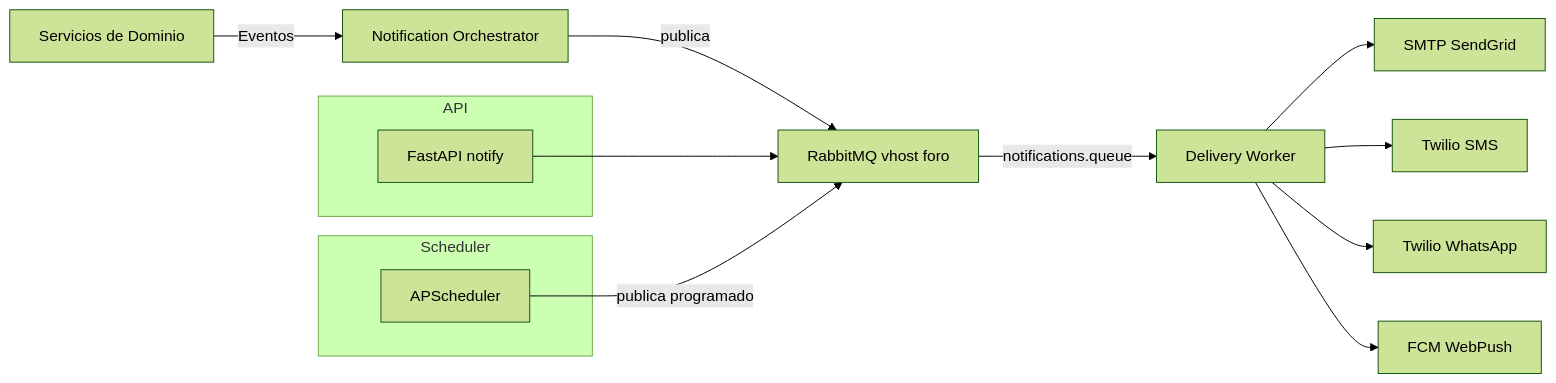
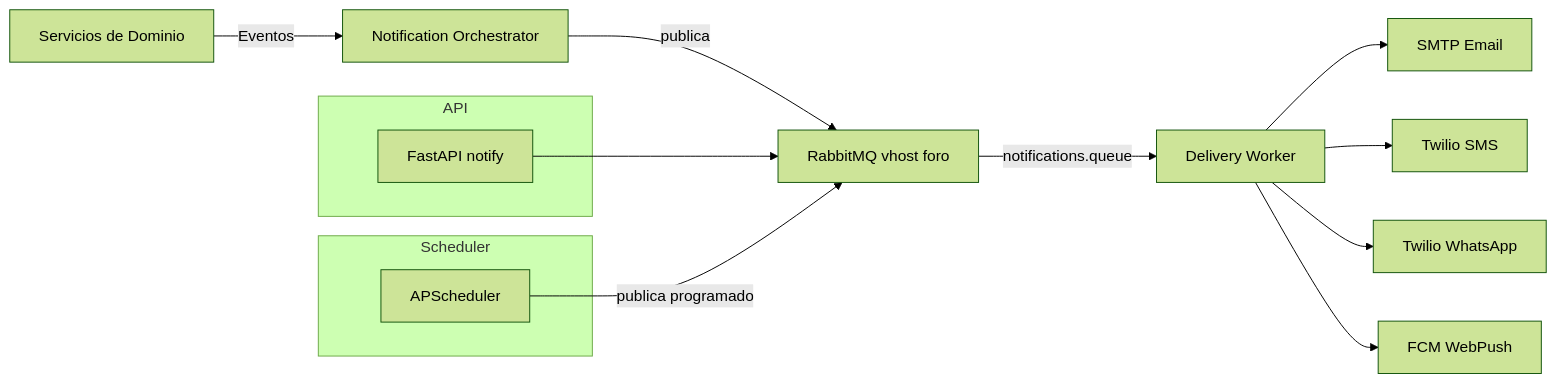
The first of 5 diagrams in README.md (MiguelA05/notifications-service-micro), drawn with Mermaid (forest theme) before and after one commit. The commit also changed other lines of this file and 3 other files, not shown here.

First line of the commit message:
Remove SendGrid support and dependencies from email channel

````diff
--- a/README.md
+++ b/README.md
@@ -16,18 +16,18 @@
 ```mermaid
 flowchart LR
     A[Servicios de Dominio] -->|Eventos| B[Notification Orchestrator]
     B -->|publica| C[RabbitMQ vhost foro]
     C -->|notifications.queue| D[Delivery Worker]
-    D --> E1[SMTP SendGrid]
+    D --> E1[SMTP Email]
     D --> E2[Twilio SMS]
     D --> E3[Twilio WhatsApp]
     D --> E4[FCM WebPush]
     subgraph API
         F[FastAPI notify]
     end
     F --> C
     subgraph Scheduler
         G[APScheduler]
     end
     G -->|publica programado| C
 ```
````
